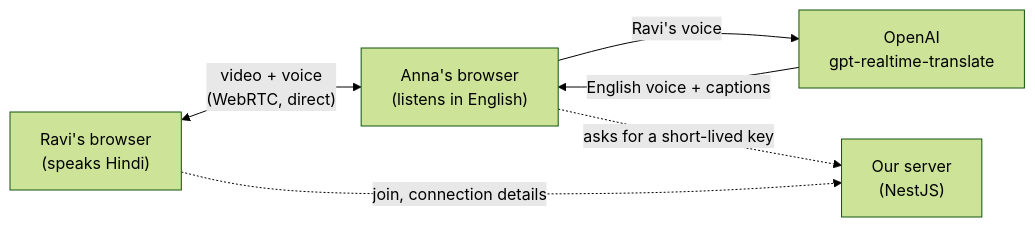
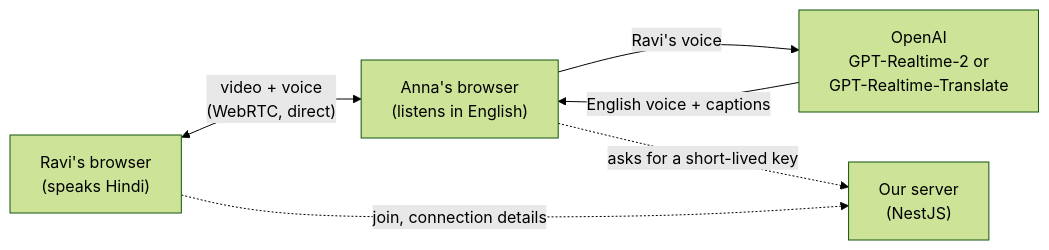
One commit to mujeebmasi/meet-translate changed the diagram in README.md. Above: the diagram before and after it, drawn with Mermaid (forest theme). The commit also changed other lines of this file and 21 other files, not shown here.

First line of the commit message:
Add GPT-Realtime-2 with an interpreter prompt, Hindi <-> Telugu, and stop repeated translations

````diff
--- a/README.md
+++ b/README.md
@@ -13,8 +19,8 @@
 ```mermaid
 flowchart LR
     R["Ravi's browser<br/>(speaks Hindi)"] <-->|"video + voice<br/>(WebRTC, direct)"| A["Anna's browser<br/>(listens in English)"]
-    A -->|"Ravi's voice"| O["OpenAI<br/>gpt-realtime-translate"]
+    A -->|"Ravi's voice"| O["OpenAI<br/>GPT-Realtime-2 or<br/>GPT-Realtime-Translate"]
     O -->|"English voice + captions"| A
     A -.->|"asks for a short-lived key"| S["Our server<br/>(NestJS)"]
     R -.->|"join, connection details"| S
 ```
````
